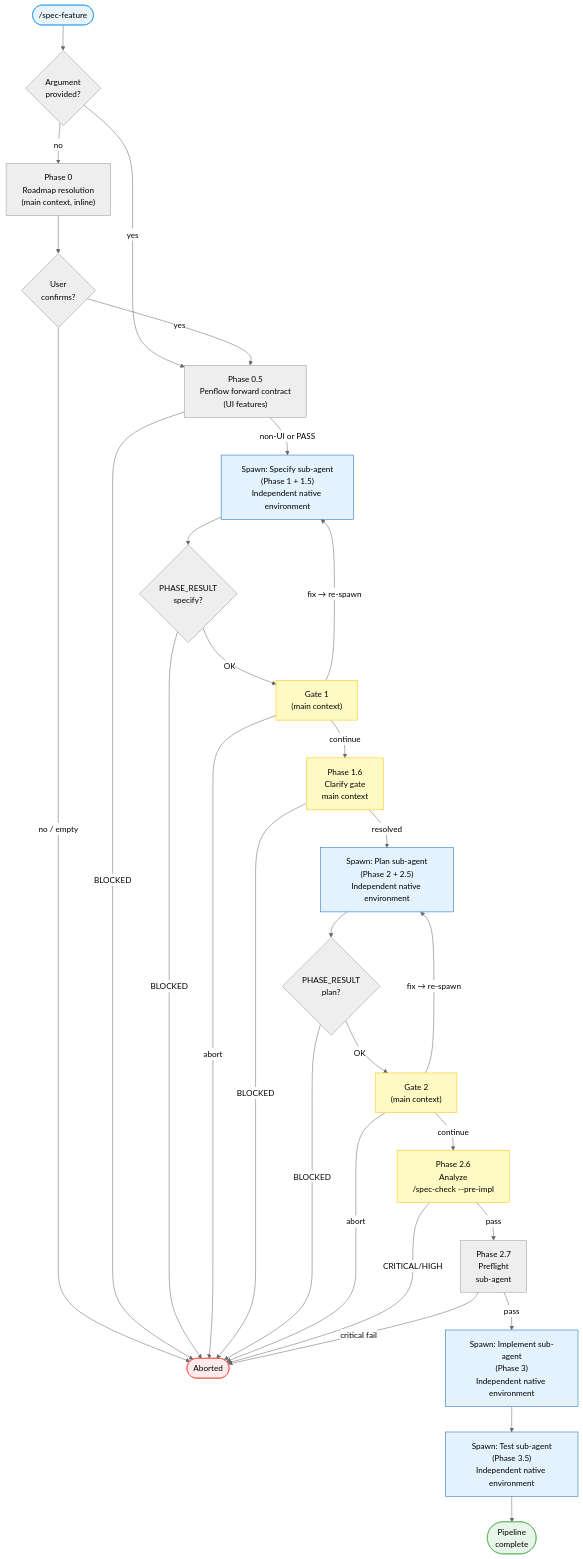
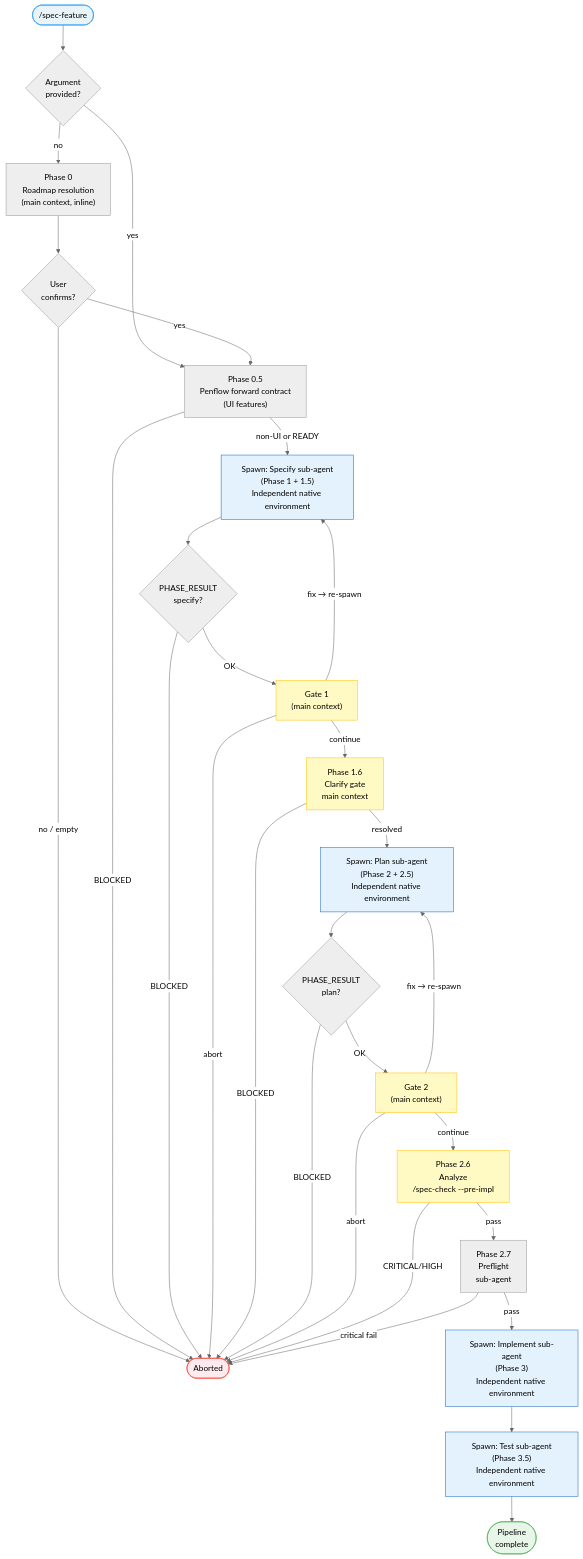
The diagram in .agent-sync/skills/spec-feature/SKILL.md (julien-m/livespec), drawn with Mermaid (neutral theme) before and after one commit. The commit also changed other lines of this file and 124 other files, not shown here.

````diff
--- a/.agent-sync/skills/spec-feature/SKILL.md
+++ b/.agent-sync/skills/spec-feature/SKILL.md
@@ -75,44 +75,44 @@
 ```mermaid
 flowchart TD
     START(["/spec-feature"]) --> ARG{"Argument\nprovided?"}
     ARG -->|"yes"| P05["Phase 0.5\nPenflow forward contract\n(UI features)"]
     ARG -->|"no"| RESOLVE["Phase 0\nRoadmap resolution\n(main context, inline)"]
     RESOLVE --> CONFIRM{"User\nconfirms?"}
     CONFIRM -->|"yes"| P05
     CONFIRM -->|"no / empty"| ABORT
-    P05 -->|"non-UI or PASS"| P1
+    P05 -->|"non-UI or READY"| P1
     P05 -->|"BLOCKED"| ABORT
     P1["Spawn: Specify sub-agent\n(Phase 1 + 1.5)\nIndependent native environment"]
     P1 --> PR1{"PHASE_RESULT\nspecify?"}
     PR1 -->|"BLOCKED"| ABORT
     PR1 -->|"OK"| G1["Gate 1\n(main context)"]
     G1 -->|"fix → re-spawn"| P1
     G1 -->|"abort"| ABORT(["Aborted"])
     G1 -->|"continue"| P16["Phase 1.6\nClarify gate\nmain context"]
     P16 -->|"BLOCKED"| ABORT
     P16 -->|"resolved"| P2["Spawn: Plan sub-agent\n(Phase 2 + 2.5)\nIndependent native environment"]
     P2 --> PR2{"PHASE_RESULT\nplan?"}
     PR2 -->|"BLOCKED"| ABORT
     PR2 -->|"OK"| G2["Gate 2\n(main context)"]
     G2 -->|"fix → re-spawn"| P2
     G2 -->|"abort"| ABORT
     G2 -->|"continue"| P26["Phase 2.6\nAnalyze\n/spec-check --pre-impl"]
     P26 -->|"CRITICAL/HIGH"| ABORT
     P26 -->|"pass"| P27["Phase 2.7\nPreflight\nsub-agent"]
     P27 -->|"critical fail"| ABORT
     P27 -->|"pass"| P3["Spawn: Implement sub-agent\n(Phase 3)\nIndependent native environment"]
     P3 --> P35["Spawn: Test sub-agent\n(Phase 3.5)\nIndependent native environment"]
     P35 --> DONE(["Pipeline\ncomplete"])
 
     style START fill:#e8f4f8,stroke:#2196F3
     style P1 fill:#e3f2fd,stroke:#1565C0
     style P2 fill:#e3f2fd,stroke:#1565C0
     style P3 fill:#e3f2fd,stroke:#1565C0
     style P35 fill:#e3f2fd,stroke:#1565C0
     style G1 fill:#fff9c4,stroke:#FFC107
     style P16 fill:#fff9c4,stroke:#FFC107
     style G2 fill:#fff9c4,stroke:#FFC107
     style P26 fill:#fff9c4,stroke:#FFC107
     style ABORT fill:#ffebee,stroke:#F44336
     style DONE fill:#e8f5e9,stroke:#4CAF50
 ```
````
